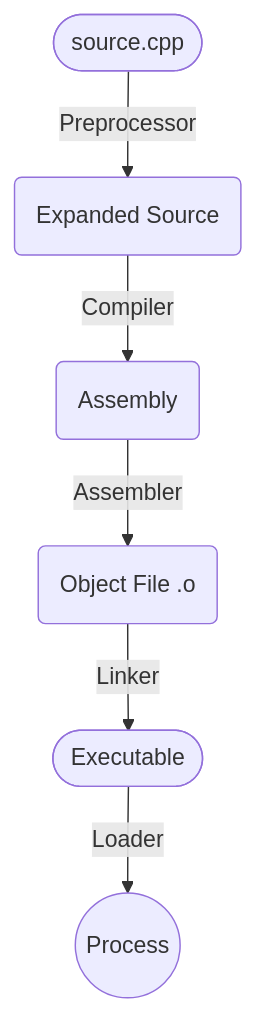
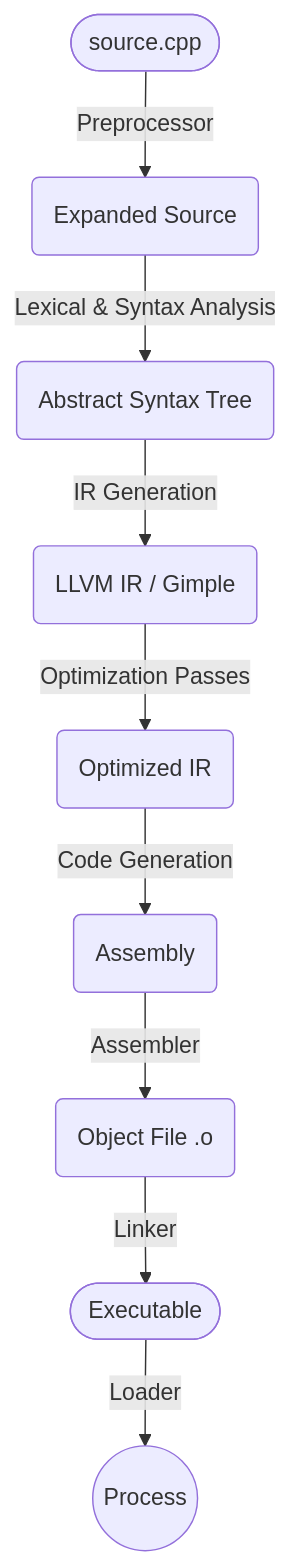
The second of 4 diagrams in README.md (RustamSheoran/cpp-roadmap), drawn with Mermaid before and after one commit. The commit also changed other lines of this file, not shown here.

````diff
--- a/README.md
+++ b/README.md
@@ -215,8 +153,11 @@
 ```mermaid
 flowchart TD
     A([source.cpp]) -->|Preprocessor| B(Expanded Source)
-    B -->|Compiler| C(Assembly)
+    B -->|Lexical & Syntax Analysis| AST(Abstract Syntax Tree)
+    AST -->|IR Generation| IR(LLVM IR / Gimple)
+    IR -->|Optimization Passes| OPT(Optimized IR)
+    OPT -->|Code Generation| C(Assembly)
     C -->|Assembler| D(Object File .o)
     D -->|Linker| E([Executable])
     E -->|Loader| F((Process))
 ```
````
